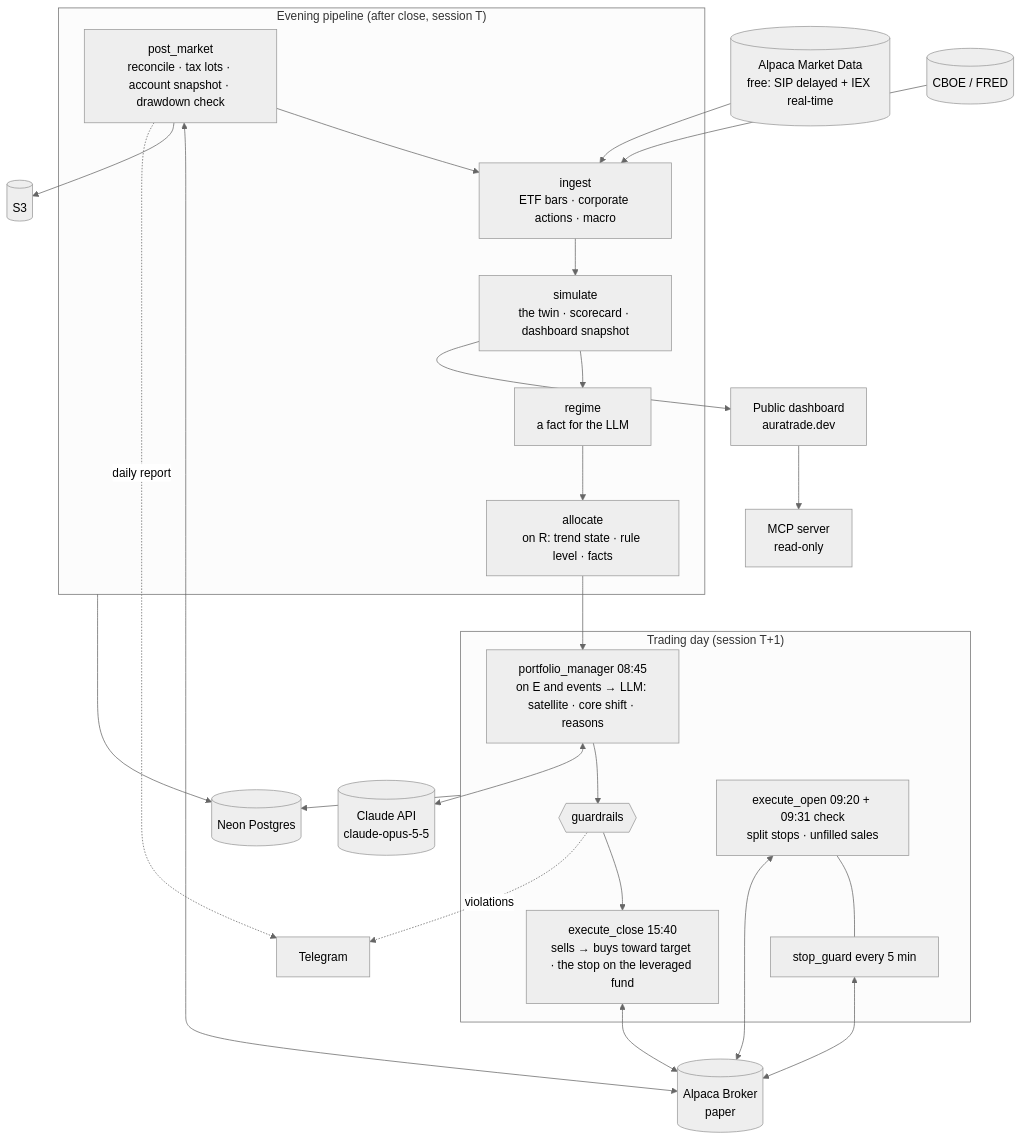
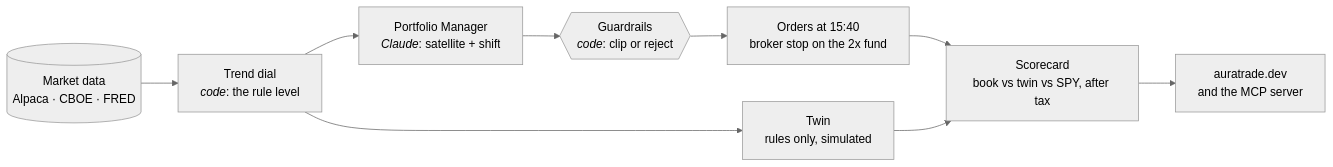
The diagram in README.md (Dima252/AuraTrade), drawn with Mermaid (neutral theme) before and after one commit. The commit also changed other lines of this file and 148 other files, not shown here.

````diff
--- a/README.md
+++ b/README.md
@@ -52,48 +24,11 @@
 ```mermaid
-flowchart TD
-    subgraph EVE["Evening pipeline (after close, session T)"]
-        PM1[post_market<br/>reconcile · tax lots · account snapshot · drawdown check]
-        ING[ingest<br/>ETF bars · corporate actions · macro]
-        SIM[simulate<br/>the twin · scorecard · dashboard snapshot]
-        REG[regime<br/>a fact for the LLM]
-        ALC[allocate<br/>on R: trend state · rule level · facts]
-        PM1 --> ING --> SIM --> REG --> ALC
-    end
-
-    subgraph DAY["Trading day (session T+1)"]
-        PMG[portfolio_manager 08:45<br/>on E and events → LLM: satellite · core shift · reasons]
-        GR{{guardrails}}
-        EXO[execute_open 09:20 + 09:31 check<br/>split stops · unfilled sales]
-        EXC[execute_close 15:40<br/>sells → buys toward target · the stop on the leveraged fund]
-        SG[stop_guard every 5 min]
-        PMG --> GR --> EXC
-        EXO --- SG
-    end
-
-    ALC --> PMG
-
-    ALPD[(Alpaca Market Data<br/>free: SIP delayed + IEX real-time)]
-    ALPB[(Alpaca Broker<br/>paper)]
-    MAC[(CBOE / FRED)]
-    CL[(Claude API<br/>claude-opus-5-5)]
-    DB[(Neon Postgres)]
-    S3[(S3)]
-    TG[Telegram]
-    WEB[Public dashboard<br/>auratrade.dev]
-    MCP[MCP server<br/>read-only]
-
-    ALPD --> ING
-    MAC --> ING
-    PMG <--> CL
-    EXO <--> ALPB
-    EXC <--> ALPB
-    SG <--> ALPB
-    PM1 <--> ALPB
-    EVE --> DB
-    DAY --> DB
-    PM1 --> S3
-    SIM --> WEB
-    WEB --> MCP
-    GR -. violations .-> TG
-    PM1 -. daily report .-> TG
+flowchart LR
+    D[(Market data<br/>Alpaca · CBOE · FRED)] --> R[Trend dial<br/><i>code</i>: the rule level]
+    R --> PM[Portfolio Manager<br/><i>Claude</i>: satellite + shift]
+    PM --> G{{Guardrails<br/><i>code</i>: clip or reject}}
+    G --> X[Orders at 15:40<br/>broker stop on the 2x fund]
+    R --> T[Twin<br/>rules only, simulated]
+    X --> S[Scorecard<br/>book vs twin vs SPY, after tax]
+    T --> S
+    S --> W[auratrade.dev<br/>and the MCP server]
 ```
````
